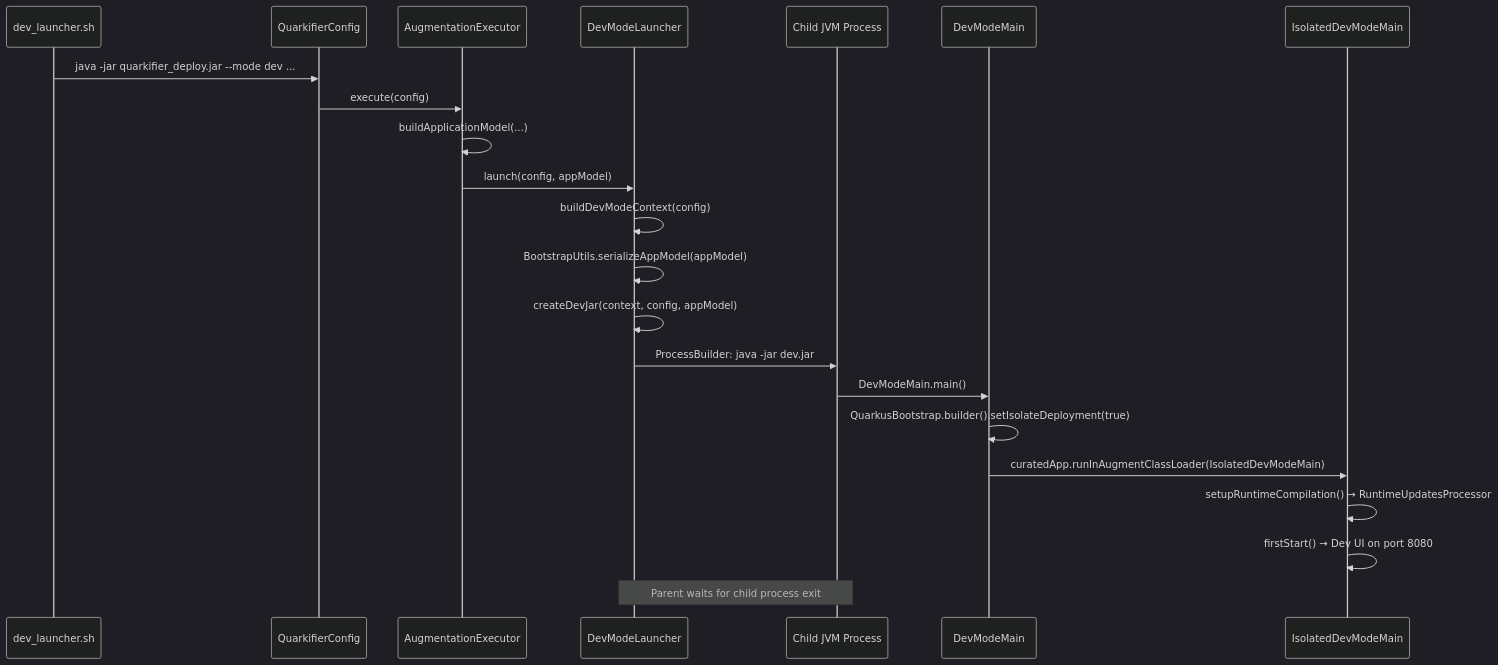
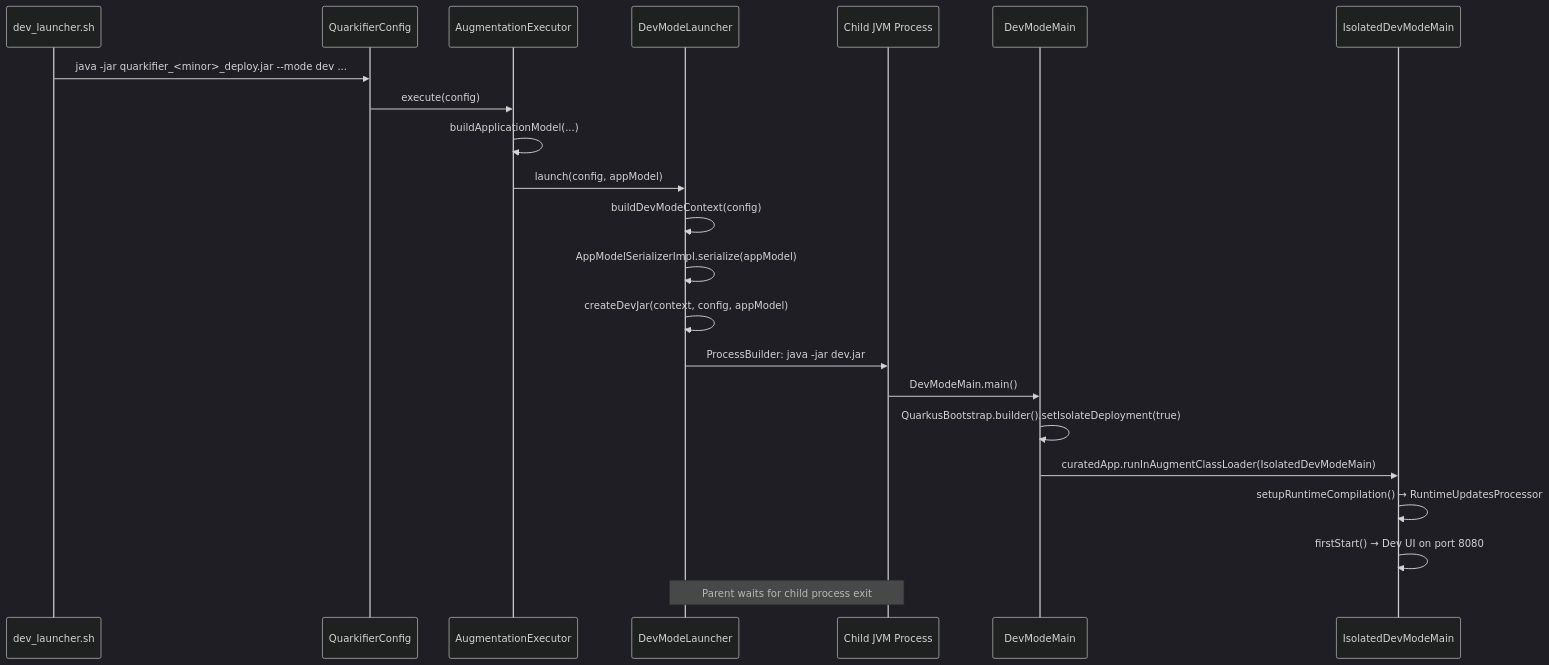
Before and after one commit to clementguillot/rules_quarkus: the first of 2 diagrams in docs/dev-mode.md, drawn with Mermaid (dark theme). The commit also changed other lines of this file and 71 other files, not shown here.

````diff
--- a/docs/dev-mode.md
+++ b/docs/dev-mode.md
@@ -24,25 +24,25 @@
 ```mermaid
 sequenceDiagram
     participant Script as dev_launcher.sh
     participant QC as QuarkifierConfig
     participant AE as AugmentationExecutor
     participant DML as DevModeLauncher
     participant Child as Child JVM Process
     participant DMM as DevModeMain
     participant IDM as IsolatedDevModeMain
 
-    Script->>QC: java -jar quarkifier_deploy.jar --mode dev ...
+    Script->>QC: java -jar quarkifier_<minor>_deploy.jar --mode dev ...
     QC->>AE: execute(config)
     AE->>AE: buildApplicationModel(...)
     AE->>DML: launch(config, appModel)
     DML->>DML: buildDevModeContext(config)
-    DML->>DML: BootstrapUtils.serializeAppModel(appModel)
+    DML->>DML: AppModelSerializerImpl.serialize(appModel)
     DML->>DML: createDevJar(context, config, appModel)
     DML->>Child: ProcessBuilder: java -jar dev.jar
     Child->>DMM: DevModeMain.main()
     DMM->>DMM: QuarkusBootstrap.builder().setIsolateDeployment(true)
     DMM->>IDM: curatedApp.runInAugmentClassLoader(IsolatedDevModeMain)
     IDM->>IDM: setupRuntimeCompilation() → RuntimeUpdatesProcessor
     IDM->>IDM: firstStart() → Dev UI on port 8080
     Note over DML,Child: Parent waits for child process exit
 ```
````
